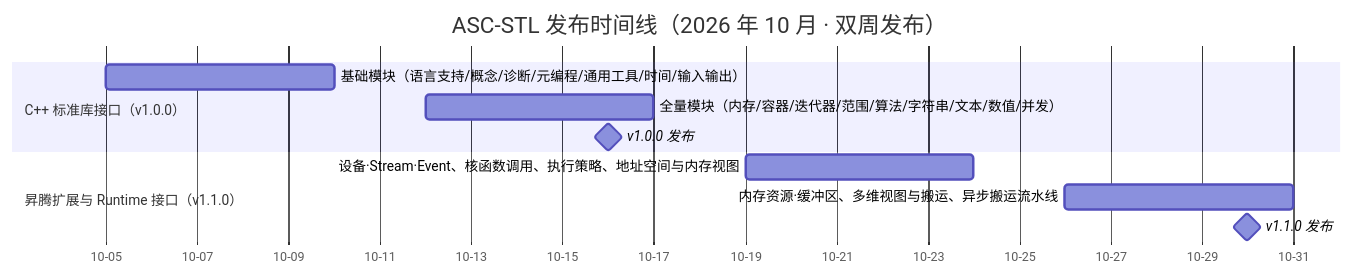
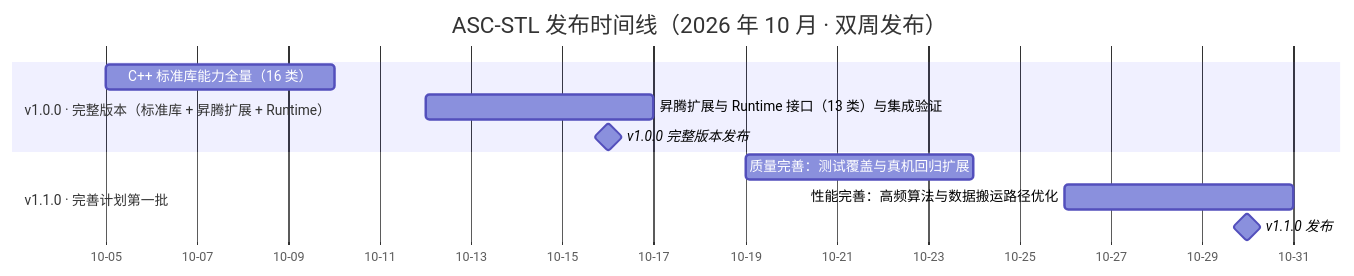
Before and after one commit to hicann/asc-stl: the diagram in docs/roadmap/ROADMAP.md, drawn with Mermaid. The commit also changed other lines of this file and 5 other files, not shown here.

First paragraph of the commit message:
[Docs]: v1.0.0 调整为完整版本发布策略并同步路线图，更新设计架构图

````diff
--- a/docs/roadmap/ROADMAP.md
+++ b/docs/roadmap/ROADMAP.md
@@ -33,14 +33,14 @@
 ```mermaid
 gantt
     title ASC-STL 发布时间线（2026 年 10 月 · 双周发布）
     dateFormat YYYY-MM-DD
     axisFormat %m-%d
-    section C++ 标准库接口（v1.0.0）
-    基础模块（语言支持/概念/诊断/元编程/通用工具/时间/输入输出） :s1, 2026-10-05, 5d
-    全量模块（内存/容器/迭代器/范围/算法/字符串/文本/数值/并发） :s2, 2026-10-12, 5d
-    v1.0.0 发布 :milestone, m1, 2026-10-16, 0d
-    section 昇腾扩展与 Runtime 接口（v1.1.0）
-    设备·Stream·Event、核函数调用、执行策略、地址空间与内存视图 :e1, 2026-10-19, 5d
-    内存资源·缓冲区、多维视图与搬运、异步搬运流水线 :e2, 2026-10-26, 5d
+    section v1.0.0 · 完整版本（标准库 + 昇腾扩展 + Runtime）
+    C++ 标准库能力全量（16 类） :s1, 2026-10-05, 5d
+    昇腾扩展与 Runtime 接口（13 类）与集成验证 :s2, 2026-10-12, 5d
+    v1.0.0 完整版本发布 :milestone, m1, 2026-10-16, 0d
+    section v1.1.0 · 完善计划第一批
+    质量完善：测试覆盖与真机回归扩展 :q1, 2026-10-19, 5d
+    性能完善：高频算法与数据搬运路径优化 :q2, 2026-10-26, 5d
     v1.1.0 发布 :milestone, m2, 2026-10-30, 0d
 ```
````
